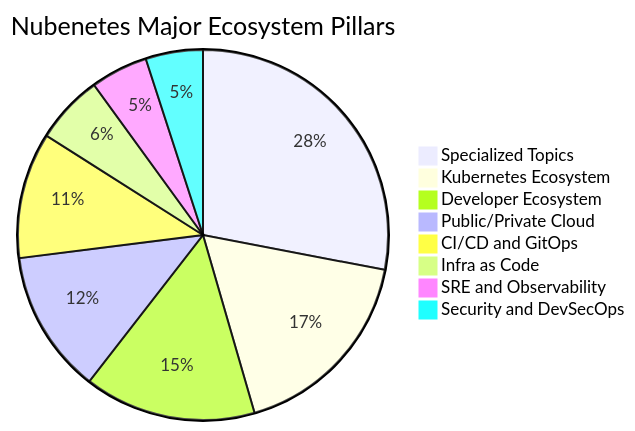
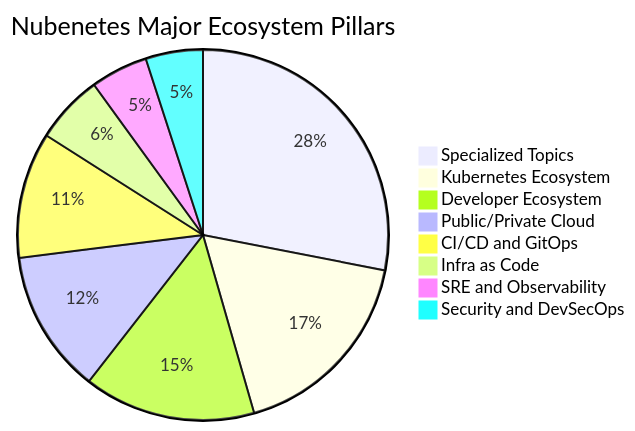
Before and after one commit to nubenetes/awesome-kubernetes: the second of 14 diagrams in README.md, drawn with Mermaid. The commit also changed other lines of this file and 167 other files, not shown here.

````diff
--- a/README.md
+++ b/README.md
@@ -308,11 +308,11 @@
 ```mermaid
 pie title Nubenetes Major Ecosystem Pillars
-    "Specialized Topics" : 5604
+    "Specialized Topics" : 5618
     "Kubernetes Ecosystem" : 3500
     "Developer Ecosystem" : 3000
     "Public/Private Cloud" : 2500
     "CI/CD and GitOps" : 2200
     "Infra as Code" : 1200
     "SRE and Observability" : 1000
     "Security and DevSecOps" : 1000
 ```
````
